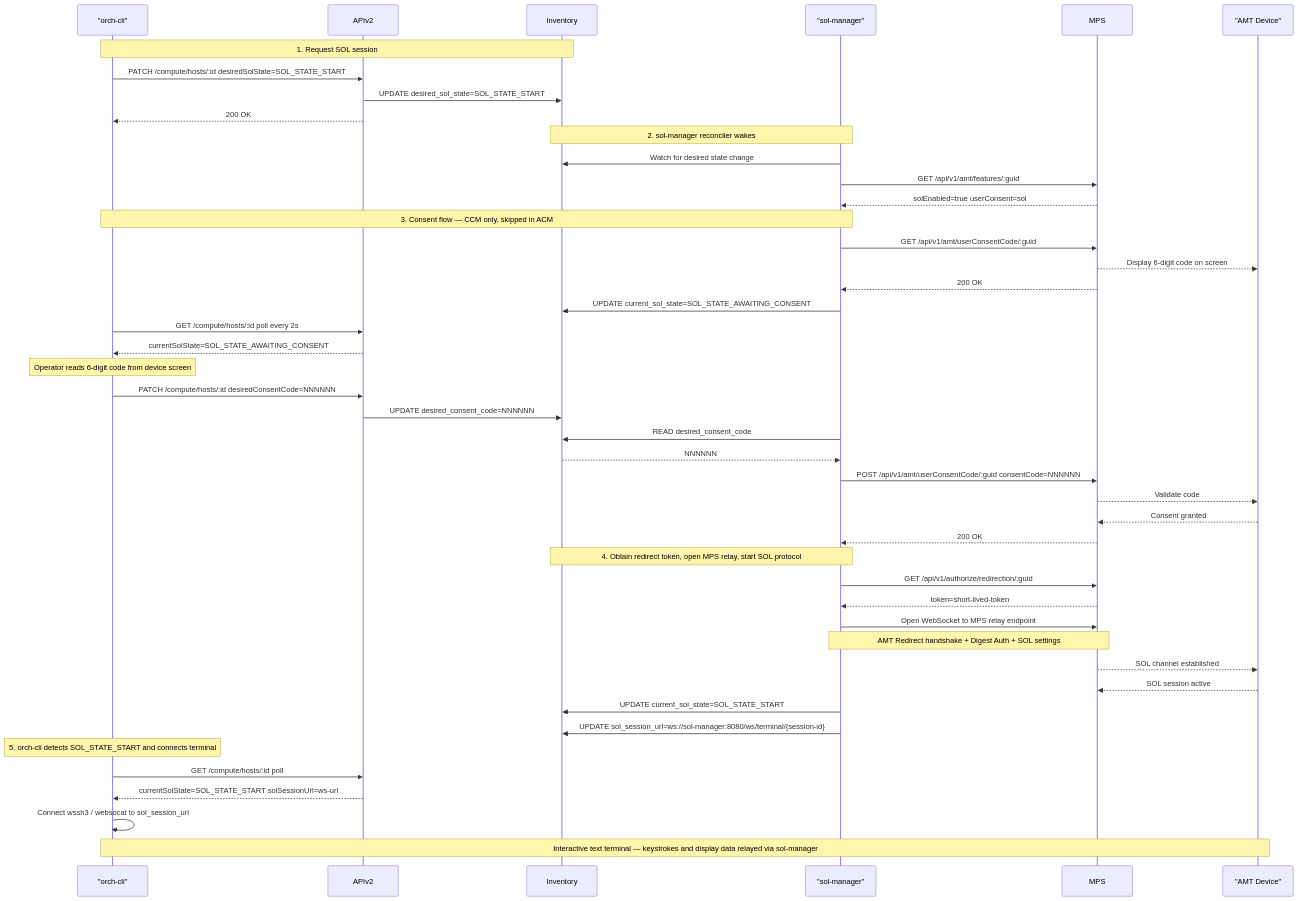
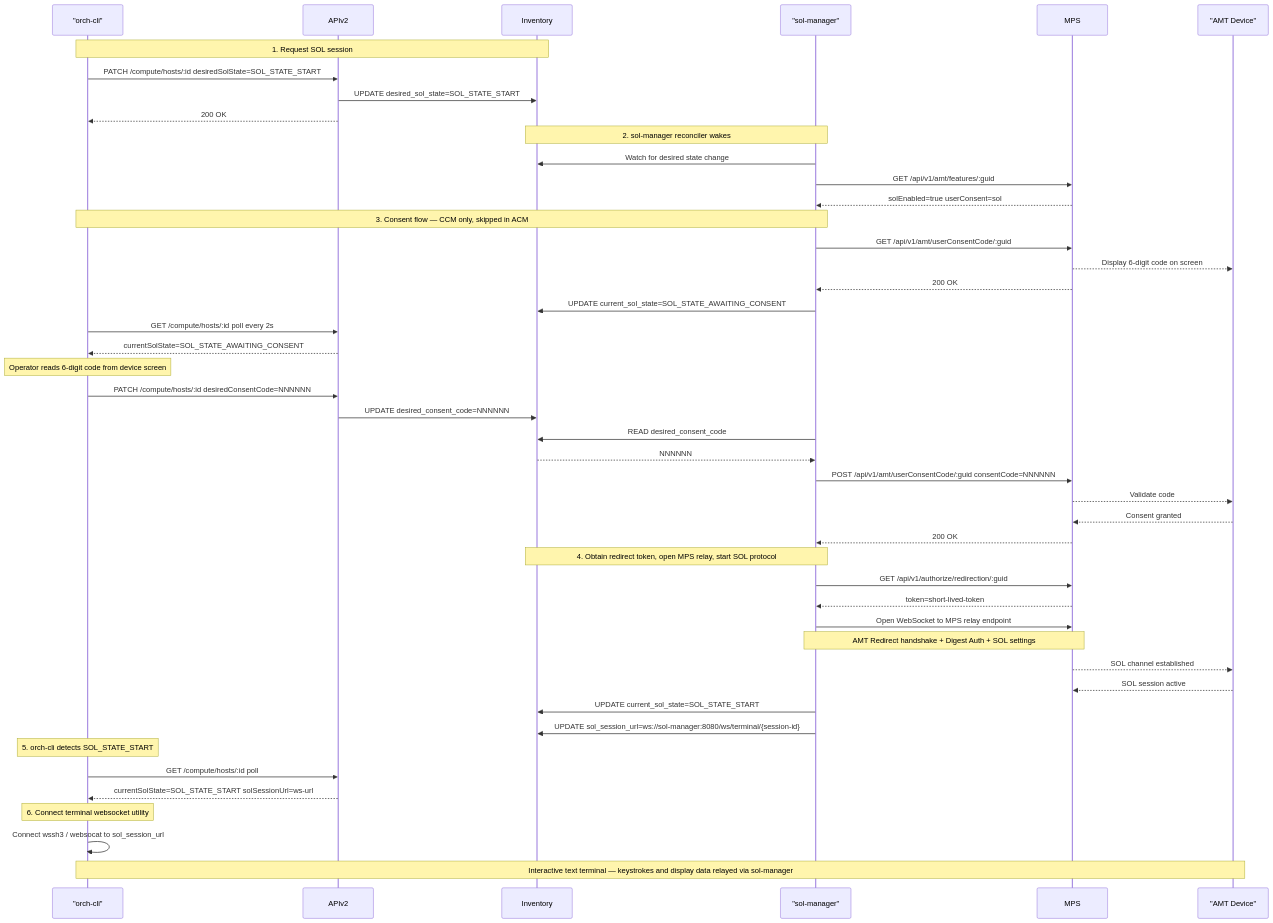
One commit to open-edge-platform/edge-manageability-framework changed the second of 2 diagrams in design-proposals/vpro_sol_kvm.md. Above: the diagram before and after it, drawn with Mermaid.

Commit message:
Updated SOL flow

````diff
--- a/design-proposals/vpro_sol_kvm.md
+++ b/design-proposals/vpro_sol_kvm.md
@@ -640,55 +640,57 @@
 ```mermaid
 sequenceDiagram
     participant CLI as "orch-cli"
     participant APIV2 as APIv2
     participant INV as Inventory
     participant SM as "sol-manager"
     participant MPS as MPS
     participant AMT as "AMT Device"
 
     Note over CLI,INV: 1. Request SOL session
     CLI->>APIV2: PATCH /compute/hosts/:id desiredSolState=SOL_STATE_START
     APIV2->>INV: UPDATE desired_sol_state=SOL_STATE_START
     APIV2-->>CLI: 200 OK
 
     Note over SM,INV: 2. sol-manager reconciler wakes
     SM->>INV: Watch for desired state change
     SM->>MPS: GET /api/v1/amt/features/:guid
     MPS-->>SM: solEnabled=true userConsent=sol
 
     Note over SM,CLI: 3. Consent flow — CCM only, skipped in ACM
     SM->>MPS: GET /api/v1/amt/userConsentCode/:guid
     MPS-->>AMT: Display 6-digit code on screen
     MPS-->>SM: 200 OK
     SM->>INV: UPDATE current_sol_state=SOL_STATE_AWAITING_CONSENT
 
     CLI->>APIV2: GET /compute/hosts/:id poll every 2s
     APIV2-->>CLI: currentSolState=SOL_STATE_AWAITING_CONSENT
 
     Note over CLI: Operator reads 6-digit code from device screen
     CLI->>APIV2: PATCH /compute/hosts/:id desiredConsentCode=NNNNNN
     APIV2->>INV: UPDATE desired_consent_code=NNNNNN
 
     SM->>INV: READ desired_consent_code
     INV-->>SM: NNNNNN
     SM->>MPS: POST /api/v1/amt/userConsentCode/:guid consentCode=NNNNNN
     MPS-->>AMT: Validate code
     AMT-->>MPS: Consent granted
     MPS-->>SM: 200 OK
 
     Note over SM,INV: 4. Obtain redirect token, open MPS relay, start SOL protocol
     SM->>MPS: GET /api/v1/authorize/redirection/:guid
     MPS-->>SM: token=short-lived-token
     SM->>MPS: Open WebSocket to MPS relay endpoint
     Note over SM,MPS: AMT Redirect handshake + Digest Auth + SOL settings
     MPS-->>AMT: SOL channel established
     AMT-->>MPS: SOL session active
     SM->>INV: UPDATE current_sol_state=SOL_STATE_START
     SM->>INV: UPDATE sol_session_url=ws://sol-manager:8080/ws/terminal/{session-id}
 
-    Note over CLI: 5. orch-cli detects SOL_STATE_START and connects terminal
+    Note over CLI: 5. orch-cli detects SOL_STATE_START 
     CLI->>APIV2: GET /compute/hosts/:id poll
     APIV2-->>CLI: currentSolState=SOL_STATE_START solSessionUrl=ws-url
+
+    Note over CLI: 6. Connect terminal websocket utility
     CLI->>CLI: Connect wssh3 / websocat to sol_session_url
     Note over CLI,AMT: Interactive text terminal — keystrokes and display data relayed via sol-manager
 ```
````
